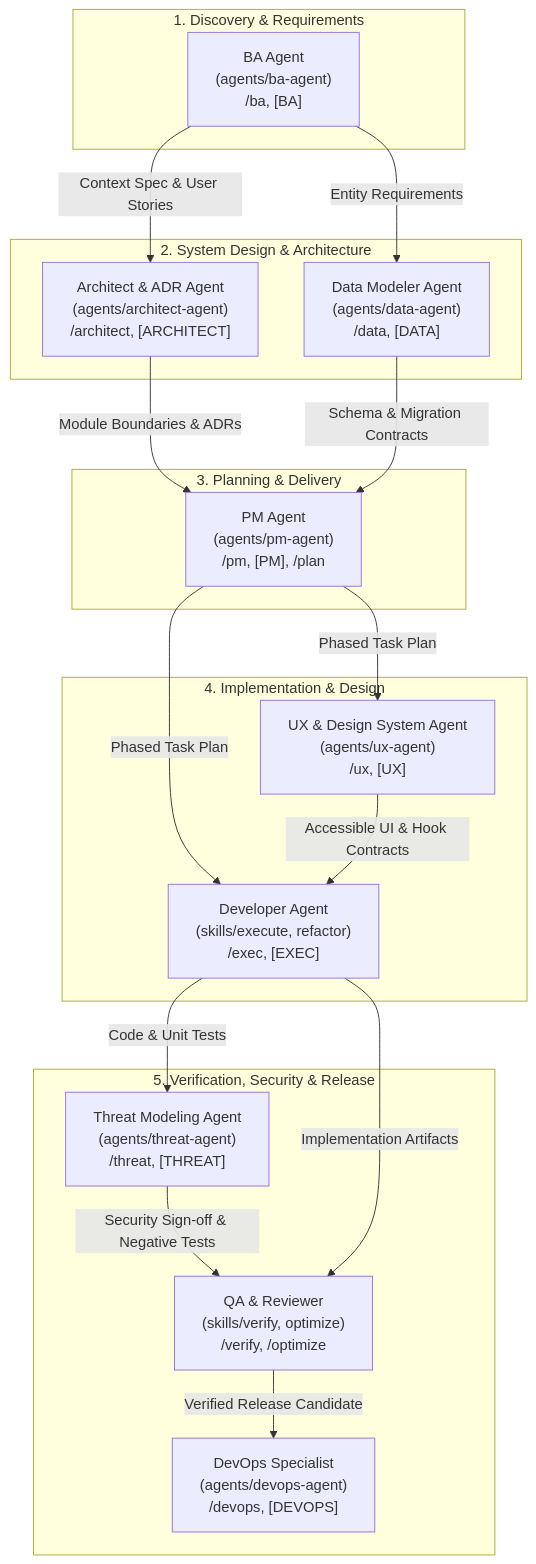
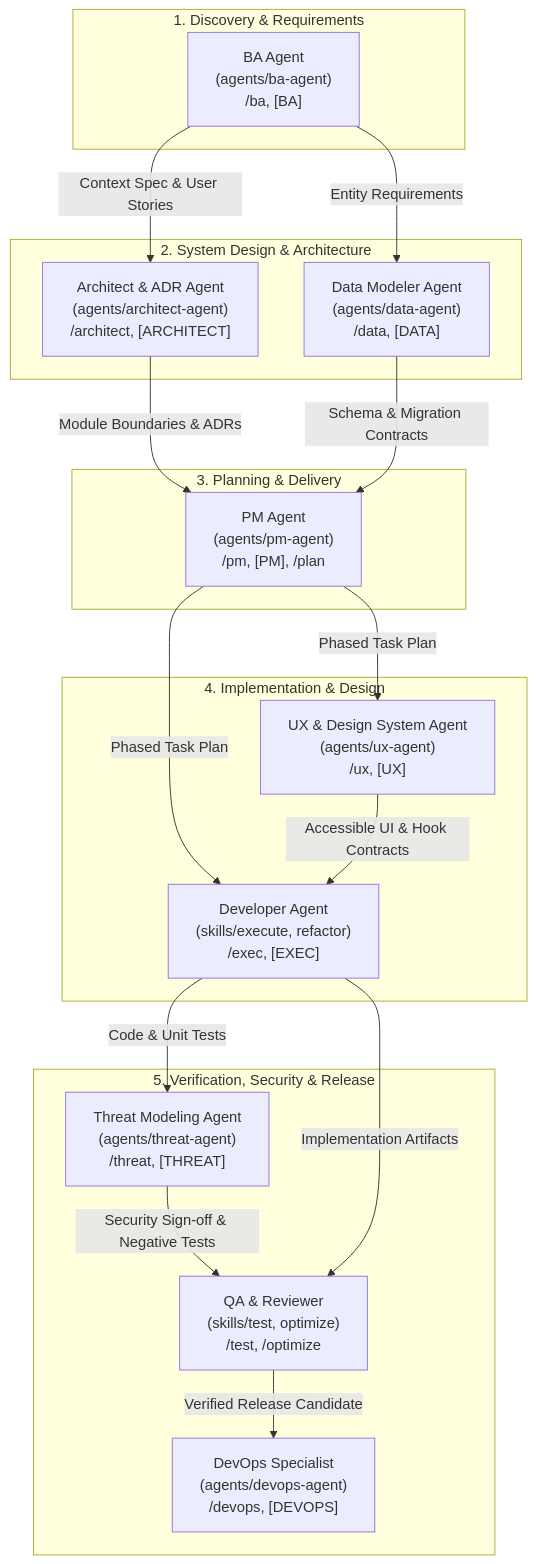
Before and after one commit to markromolecule/context-factory: the diagram in agents/README.md, drawn with Mermaid. The commit also changed other lines of this file and 57 other files, not shown here.

````diff
--- a/agents/README.md
+++ b/agents/README.md
@@ -15,38 +15,38 @@
 ```mermaid
 flowchart TD
     subgraph S1["1. Discovery & Requirements"]
         BA["BA Agent<br/>(agents/ba-agent)<br/>/ba, [BA]"]
     end
 
     subgraph S2["2. System Design & Architecture"]
         ARCH["Architect & ADR Agent<br/>(agents/architect-agent)<br/>/architect, [ARCHITECT]"]
         DATA["Data Modeler Agent<br/>(agents/data-agent)<br/>/data, [DATA]"]
     end
 
     subgraph S3["3. Planning & Delivery"]
         PM["PM Agent<br/>(agents/pm-agent)<br/>/pm, [PM], /plan"]
     end
 
     subgraph S4["4. Implementation & Design"]
         UX["UX & Design System Agent<br/>(agents/ux-agent)<br/>/ux, [UX]"]
         DEV["Developer Agent<br/>(skills/execute, refactor)<br/>/exec, [EXEC]"]
     end
 
     subgraph S5["5. Verification, Security & Release"]
         THREAT["Threat Modeling Agent<br/>(agents/threat-agent)<br/>/threat, [THREAT]"]
-        QA["QA & Reviewer<br/>(skills/verify, optimize)<br/>/verify, /optimize"]
+        QA["QA & Reviewer<br/>(skills/test, optimize)<br/>/test, /optimize"]
         DEVOPS["DevOps Specialist<br/>(agents/devops-agent)<br/>/devops, [DEVOPS]"]
     end
 
     BA -->|"Context Spec & User Stories"| ARCH
     BA -->|"Entity Requirements"| DATA
     ARCH -->|"Module Boundaries & ADRs"| PM
     DATA -->|"Schema & Migration Contracts"| PM
     PM -->|"Phased Task Plan"| UX
     PM -->|"Phased Task Plan"| DEV
     UX -->|"Accessible UI & Hook Contracts"| DEV
     DEV -->|"Code & Unit Tests"| THREAT
     THREAT -->|"Security Sign-off & Negative Tests"| QA
     DEV -->|"Implementation Artifacts"| QA
     QA -->|"Verified Release Candidate"| DEVOPS
 ```
````
